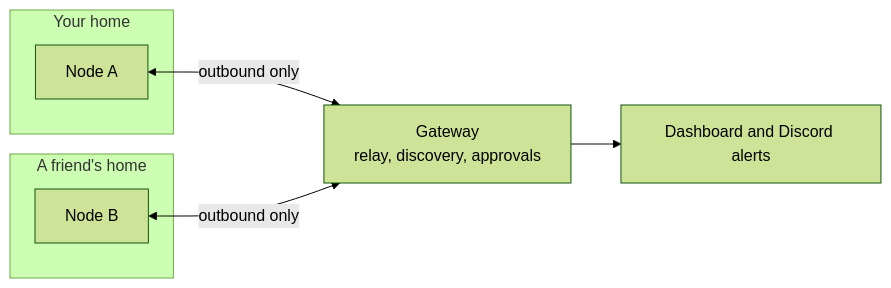
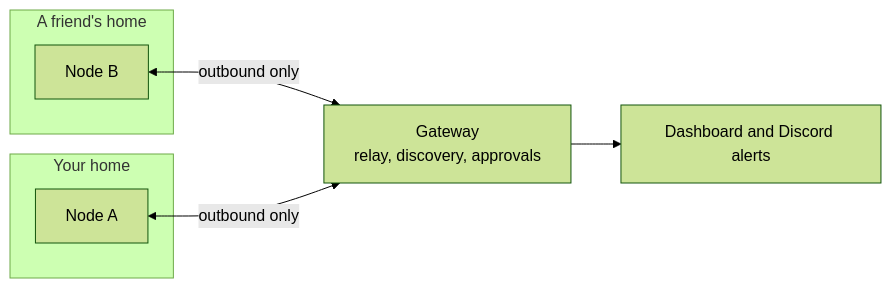
The diagram in README.md (JustinOros/tinycloud), drawn with Mermaid (forest theme) before and after one commit. The commit also changed other lines of this file and 1 other file, not shown here.

Commit message:
flip diagram order

````diff
--- a/README.md
+++ b/README.md
@@ -9,14 +9,14 @@
 ```mermaid
 flowchart LR
+    subgraph home2[A friend's home]
+        B[Node B]
+    end
     subgraph home1[Your home]
         A[Node A]
     end
-    subgraph home2[A friend's home]
-        B[Node B]
-    end
     G[Gateway<br/>relay, discovery, approvals]
     D[Dashboard and Discord alerts]
+    B <-->|outbound only| G
     A <-->|outbound only| G
-    B <-->|outbound only| G
     G --> D
 ```
````
